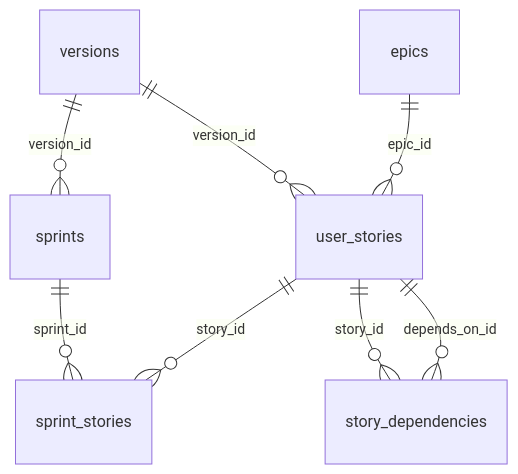
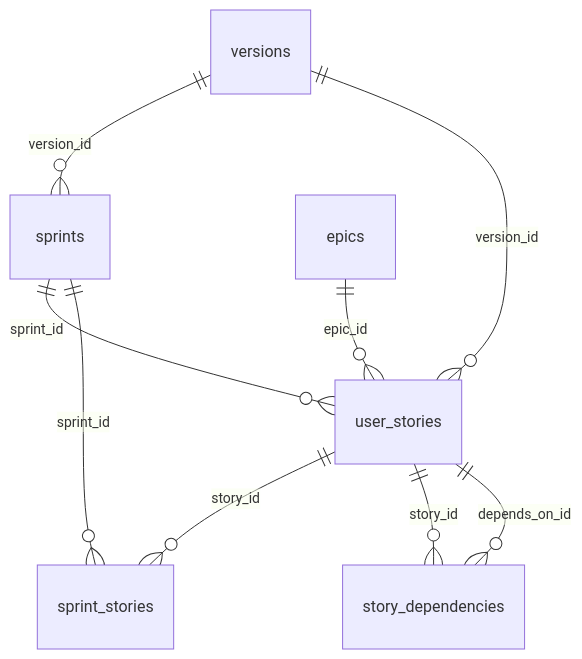
One commit to colabcolibri/meridian changed the diagram in .agent/references/templates/sqlite-delivery-operations.md. Above: the diagram before and after it, drawn with Mermaid. The commit also changed other lines of this file and 44 other files, not shown here.

````diff
--- a/.agent/references/templates/sqlite-delivery-operations.md
+++ b/.agent/references/templates/sqlite-delivery-operations.md
@@ -37,10 +37,11 @@
 ```mermaid
 erDiagram
   versions ||--o{ sprints : version_id
   versions ||--o{ user_stories : version_id
   epics ||--o{ user_stories : epic_id
+  sprints ||--o{ user_stories : sprint_id
   sprints ||--o{ sprint_stories : sprint_id
   user_stories ||--o{ sprint_stories : story_id
   user_stories ||--o{ story_dependencies : story_id
   user_stories ||--o{ story_dependencies : depends_on_id
 ```
````
